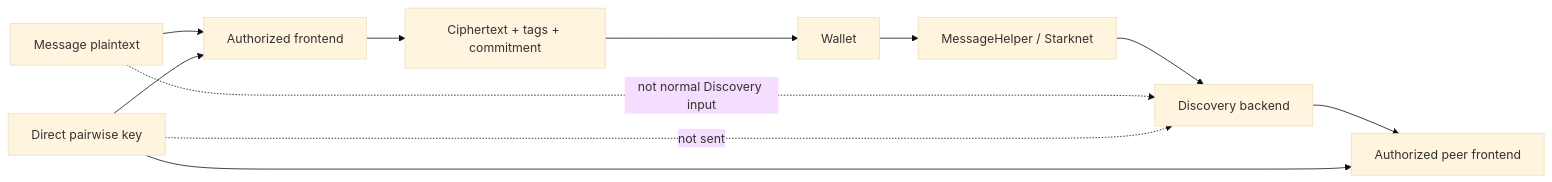
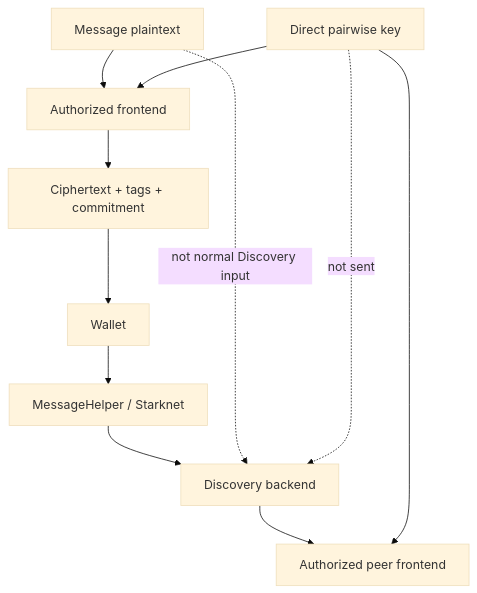
The third of 9 diagrams in docs/technical/frontend/direct-chat.md (DXJLabs/vinss), drawn with Mermaid (base theme) before and after one commit. The commit also changed other lines of this file and 8 other files, not shown here.

Commit message:
docs: refresh messaging architecture, code maps and Mermaid; verify Offer rails

````diff
--- a/docs/technical/frontend/direct-chat.md
+++ b/docs/technical/frontend/direct-chat.md
@@ -1590,23 +1584,23 @@
 ```mermaid
-flowchart LR
+flowchart TD
     PLAIN["Message plaintext"]
     KEY["Direct pairwise key"]
     CLIENT["Authorized frontend"]
     CIPHER["Ciphertext + tags + commitment"]
     WALLET["Wallet"]
     CHAIN["MessageHelper / Starknet"]
     BACKEND["Discovery backend"]
     PEER["Authorized peer frontend"]
 
     PLAIN --> CLIENT
     KEY --> CLIENT
     CLIENT --> CIPHER
     CIPHER --> WALLET
     WALLET --> CHAIN
     CHAIN --> BACKEND
     BACKEND --> PEER
     KEY --> PEER
 
     PLAIN -. "not normal Discovery input" .-> BACKEND
     KEY -. "not sent" .-> BACKEND
 ```
````
